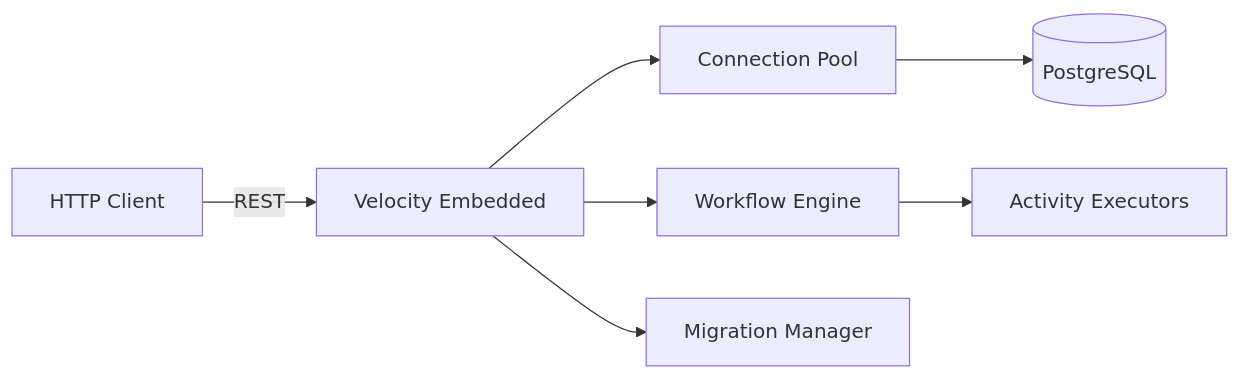
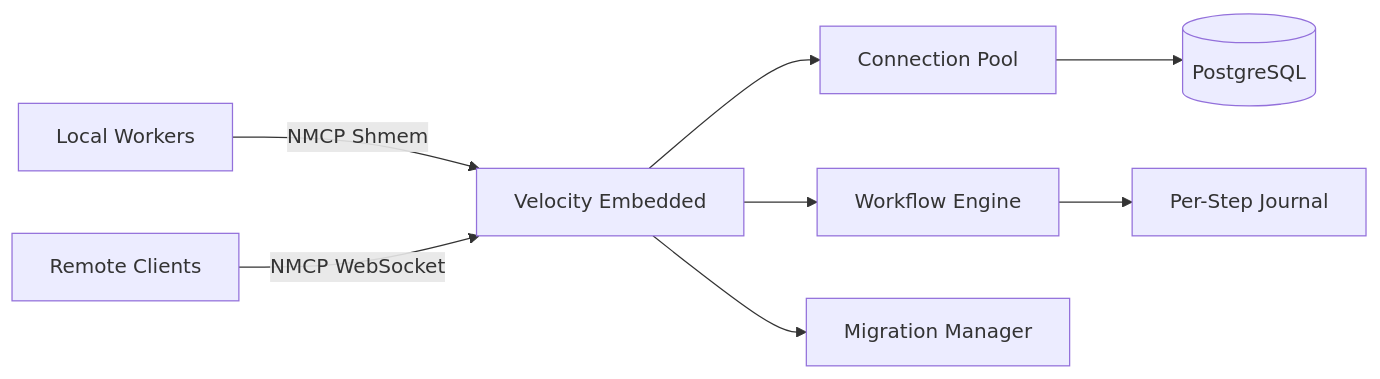
One commit to UnitBuilds-CC/V.E.L.O.C.I.T.Y.-WorkFlow changed the third of 23 diagrams in .qoder/repowiki/en/content/Architecture Overview.md. Above: the diagram before and after it, drawn with Mermaid. The commit also changed other lines of this file and 18 other files, not shown here.

````diff
--- a/.qoder/repowiki/en/content/Architecture Overview.md
+++ b/.qoder/repowiki/en/content/Architecture Overview.md
@@ -112,9 +153,10 @@
 ```mermaid
 graph LR
-    A[HTTP Client] -->|REST| B[Velocity Embedded]
-    B --> C[Connection Pool]
-    C --> D[(PostgreSQL)]
-    B --> E[Workflow Engine]
-    E --> F[Activity Executors]
-    B --> G[Migration Manager]
+    A[Local Workers] -->|NMCP Shmem| B[Velocity Embedded]
+    C[Remote Clients] -->|NMCP WebSocket| B
+    B --> D[Connection Pool]
+    D --> E[(PostgreSQL)]
+    B --> F[Workflow Engine]
+    F --> G[Per-Step Journal]
+    B --> H[Migration Manager]
 ```
````
